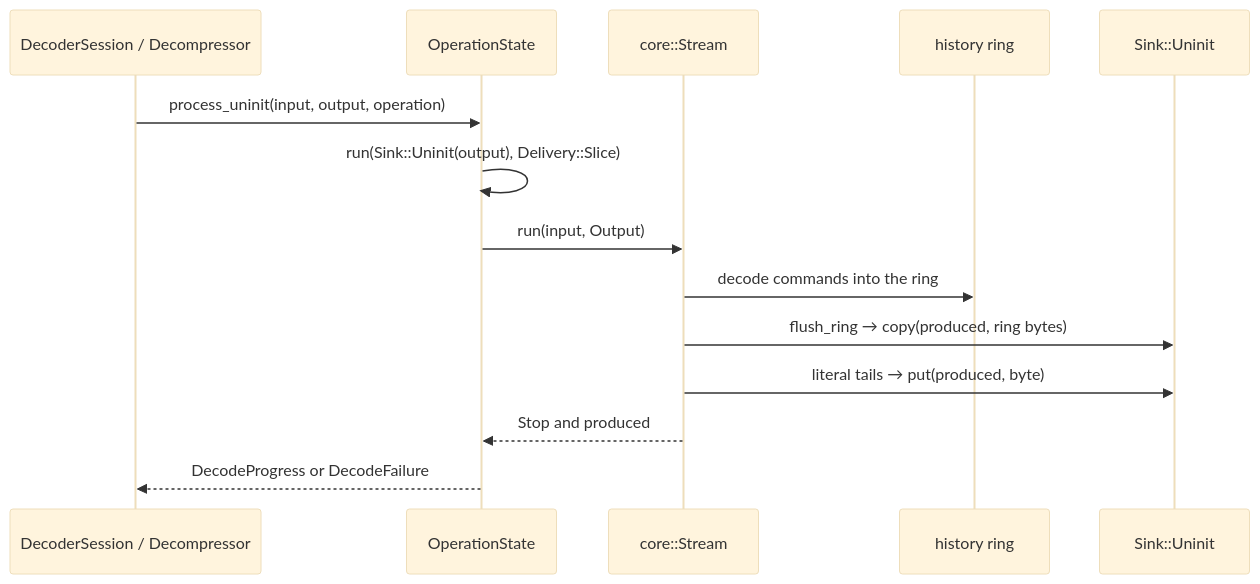
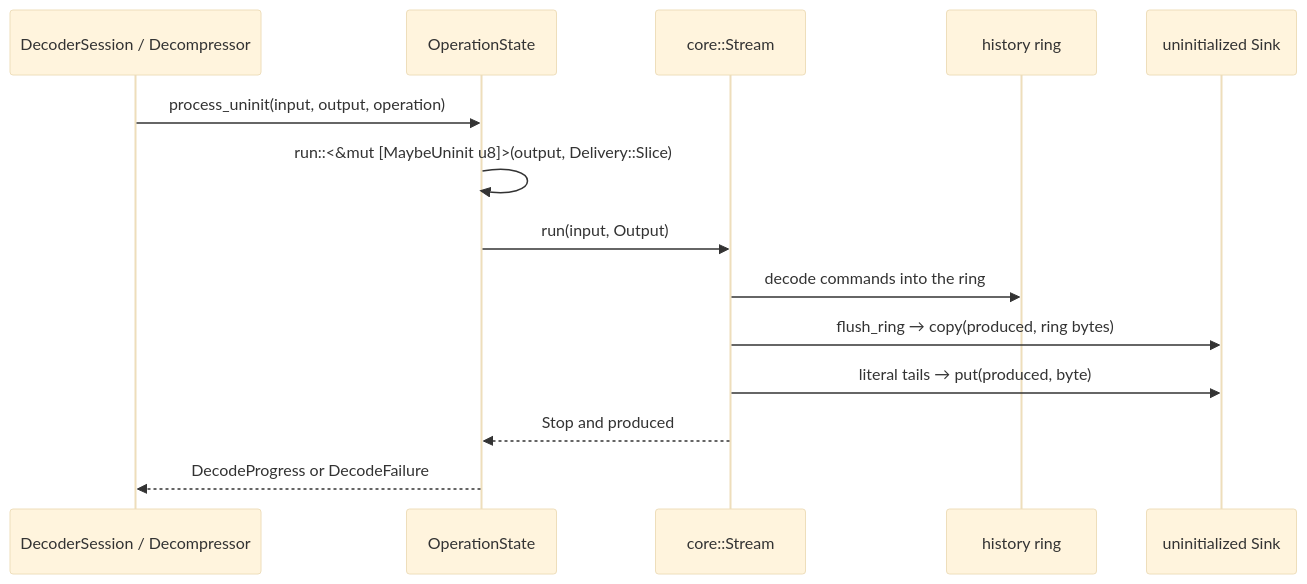
One commit to M-Compressors/mbrotli changed the fourth of 4 diagrams in architecture/uninit-output.md. Above: the diagram before and after it, drawn with Mermaid (base theme). The commit also changed other lines of this file and 175 other files, not shown here.

````diff
--- a/architecture/uninit-output.md
+++ b/architecture/uninit-output.md
@@ -128,16 +143,16 @@
 ```mermaid
 sequenceDiagram
     participant API as DecoderSession / Decompressor
     participant Op as OperationState
     participant Stream as core::Stream
     participant Ring as history ring
-    participant Sink as Sink::Uninit
+    participant Sink as uninitialized Sink
     API->>Op: process_uninit(input, output, operation)
-    Op->>Op: run(Sink::Uninit(output), Delivery::Slice)
+    Op->>Op: run::<&mut [MaybeUninit u8]>(output, Delivery::Slice)
     Op->>Stream: run(input, Output)
     Stream->>Ring: decode commands into the ring
     Stream->>Sink: flush_ring → copy(produced, ring bytes)
     Stream->>Sink: literal tails → put(produced, byte)
     Stream-->>Op: Stop and produced
     Op-->>API: DecodeProgress or DecodeFailure
 ```
````
